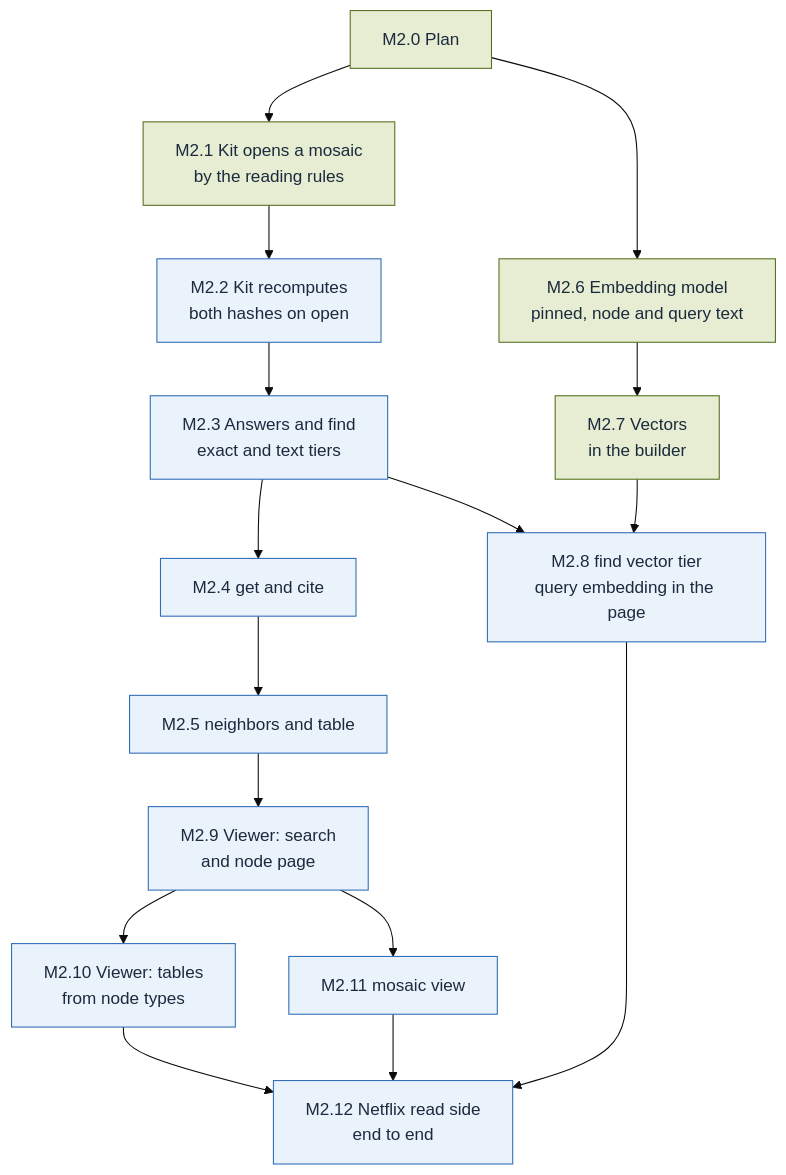
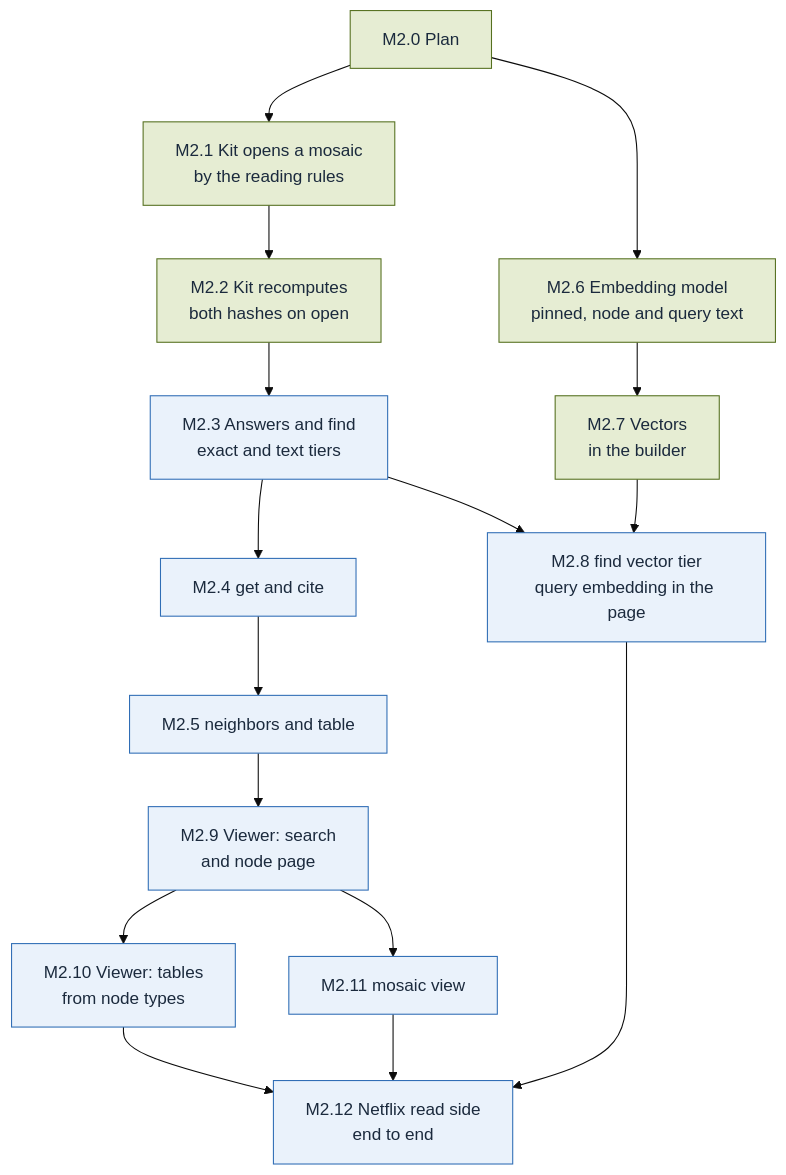
One commit to alcjor/Mosaic changed the diagram in plan/M2.md. Above: the diagram before and after it, drawn with Mermaid (base theme). The commit also changed other lines of this file and 24 other files, not shown here.

````diff
--- a/plan/M2.md
+++ b/plan/M2.md
@@ -3,36 +3,36 @@
 ```mermaid
 flowchart TD
   M2_0["M2.0 Plan"]
   M2_1["M2.1 Kit opens a mosaic<br/>by the reading rules"]
   M2_2["M2.2 Kit recomputes<br/>both hashes on open"]
   M2_3["M2.3 Answers and find<br/>exact and text tiers"]
   M2_4["M2.4 get and cite"]
   M2_5["M2.5 neighbors and table"]
   M2_6["M2.6 Embedding model<br/>pinned, node and query text"]
   M2_7["M2.7 Vectors<br/>in the builder"]
   M2_8["M2.8 find vector tier<br/>query embedding in the page"]
   M2_9["M2.9 Viewer: search<br/>and node page"]
   M2_10["M2.10 Viewer: tables<br/>from node types"]
   M2_11["M2.11 mosaic view"]
   M2_12["M2.12 Netflix read side<br/>end to end"]
   M2_0 --> M2_1
   M2_1 --> M2_2
   M2_2 --> M2_3
   M2_3 --> M2_4
   M2_4 --> M2_5
   M2_0 --> M2_6
   M2_6 --> M2_7
   M2_3 --> M2_8
   M2_7 --> M2_8
   M2_5 --> M2_9
   M2_9 --> M2_10
   M2_9 --> M2_11
   M2_8 --> M2_12
   M2_10 --> M2_12
   M2_11 --> M2_12
   classDef done fill:#E6EDD3,stroke:#55701F,color:#1B2A3D
   classDef todo fill:#EAF2FB,stroke:#2F6DB5,color:#1B2A3D
   classDef parked fill:#FCEFCF,stroke:#F2B630,color:#1B2A3D
-  class M2_0,M2_1,M2_6,M2_7 done
-  class M2_2,M2_3,M2_4,M2_5,M2_8,M2_9,M2_10,M2_11,M2_12 todo
+  class M2_0,M2_1,M2_2,M2_6,M2_7 done
+  class M2_3,M2_4,M2_5,M2_8,M2_9,M2_10,M2_11,M2_12 todo
 ```
````
